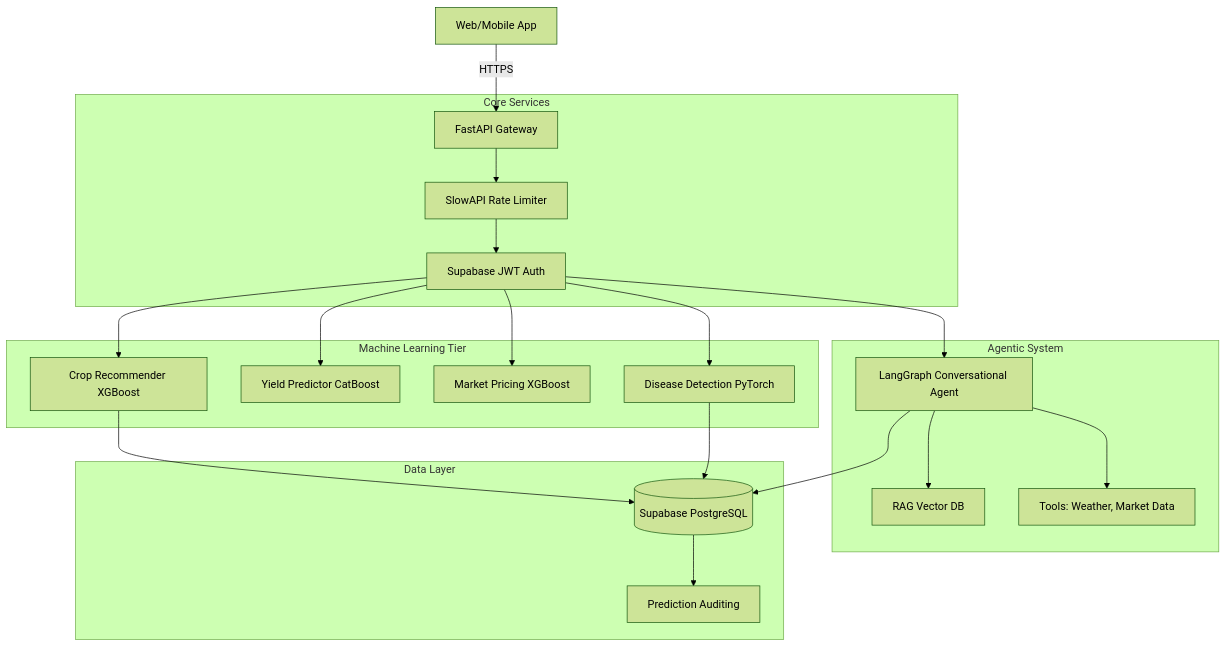
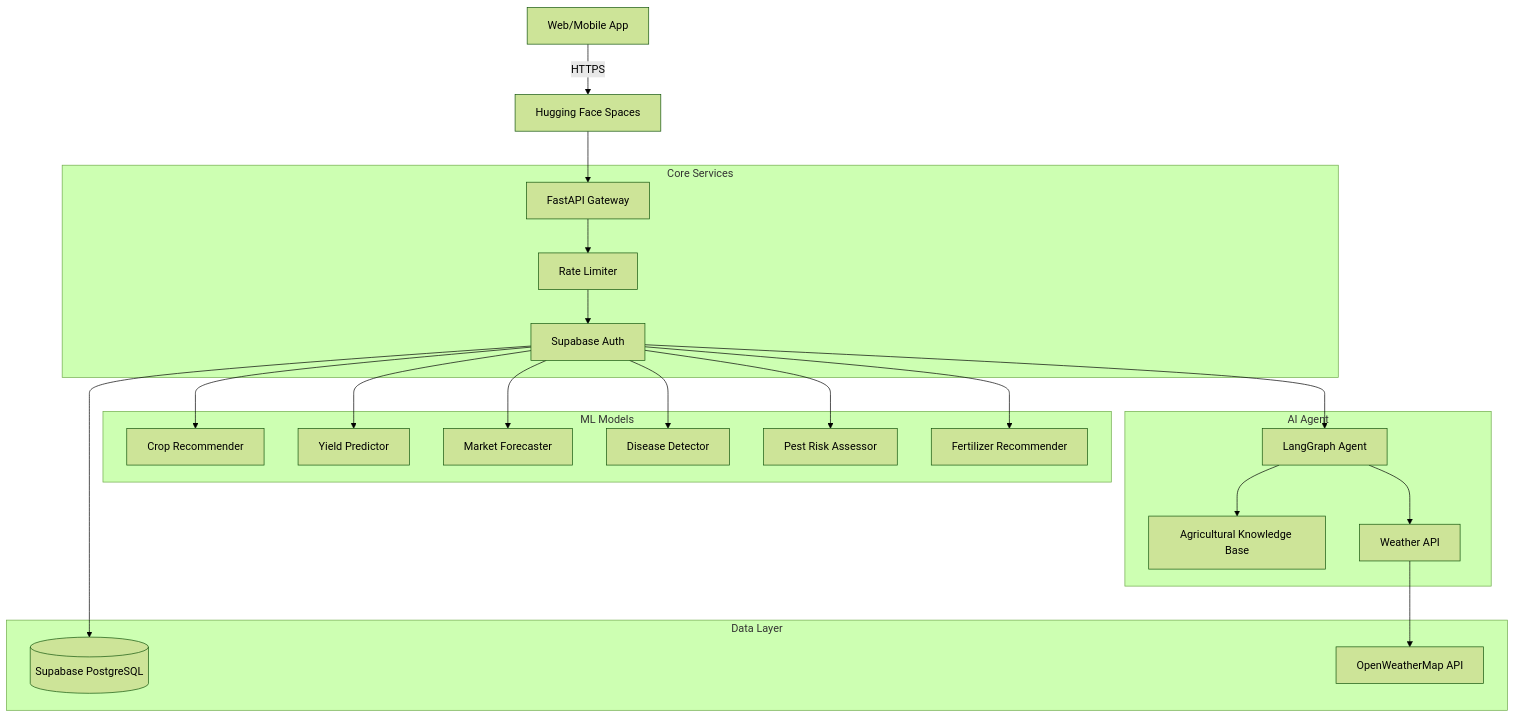
The diagram in README.md (abhijeet738/AI-Farming-Assistant), drawn with Mermaid (forest theme) before and after one commit. The commit also changed other lines of this file and 229 other files, not shown here.

````diff
--- a/README.md
+++ b/README.md
@@ -19,29 +21,30 @@
 ```mermaid
 graph TD
-    Client[Web/Mobile App] -->|HTTPS| FastAPI[FastAPI Gateway]
+    Client[Web/Mobile App] -->|HTTPS| HF[Hugging Face Spaces]
+    HF --> FastAPI[FastAPI Gateway]
     
     subgraph Core Services
-        FastAPI --> RateLimit[SlowAPI Rate Limiter]
-        RateLimit --> Auth[Supabase JWT Auth]
+        FastAPI --> RateLimit[Rate Limiter]
+        RateLimit --> Auth[Supabase Auth]
     end
     
-    subgraph Machine Learning Tier
-        Auth --> Crop[Crop Recommender XGBoost]
-        Auth --> Yield[Yield Predictor CatBoost]
-        Auth --> Market[Market Pricing XGBoost]
-        Auth --> Disease[Disease Detection PyTorch]
+    subgraph ML Models
+        Auth --> Crop[Crop Recommender]
+        Auth --> Yield[Yield Predictor]
+        Auth --> Market[Market Forecaster]
+        Auth --> Disease[Disease Detector]
+        Auth --> Pest[Pest Risk Assessor]
+        Auth --> Fertilizer[Fertilizer Recommender]
     end
     
-    subgraph Agentic System
-        Auth --> LangGraph[LangGraph Conversational Agent]
-        LangGraph --> RAG[RAG Vector DB]
-        LangGraph --> Tools[Tools: Weather, Market Data]
+    subgraph AI Agent
+        Auth --> LangGraph[LangGraph Agent]
+        LangGraph --> RAG[Agricultural Knowledge Base]
+        LangGraph --> Weather[Weather API]
     end
     
     subgraph Data Layer
-        Crop --> PostgreSQL[(Supabase PostgreSQL)]
-        Disease --> PostgreSQL
-        LangGraph --> PostgreSQL
-        PostgreSQL --> PredictionLogs[Prediction Auditing]
+        Auth --> Supabase[(Supabase PostgreSQL)]
+        Weather --> OpenWeather[OpenWeatherMap API]
     end
 ```
````
